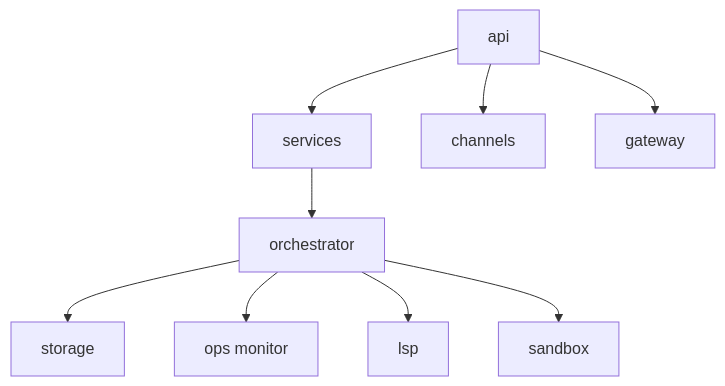
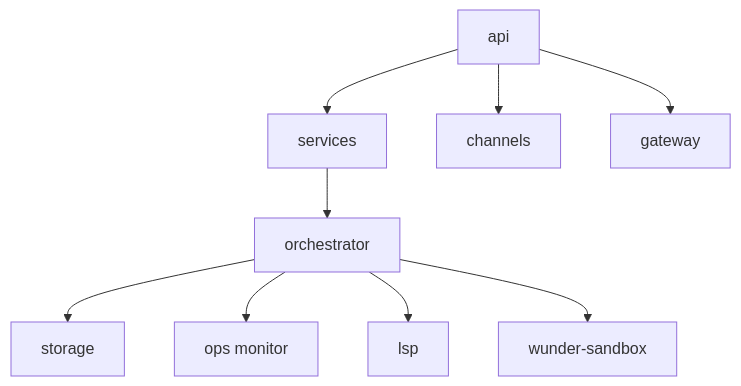
Before and after one commit to ylsdamxssjxxdd/wunder: the second of 8 diagrams in docs/系统介绍.md, drawn with Mermaid. The commit also changed other lines of this file and 19 other files, not shown here.

````diff
--- a/docs/系统介绍.md
+++ b/docs/系统介绍.md
@@ -73,11 +73,11 @@
 ```mermaid
 flowchart TB
   API[api] --> SRV[services]
   API --> CHN[channels]
   API --> GATE[gateway]
   SRV --> ORC[orchestrator]
   ORC --> STG[storage]
   ORC --> OPS[ops monitor]
   ORC --> LSP[lsp]
-  ORC --> SBOX[sandbox]
+  ORC --> SBOX[wunder-sandbox]
 ```
````
